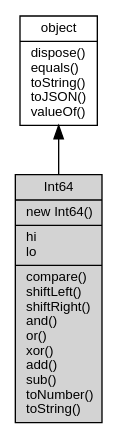
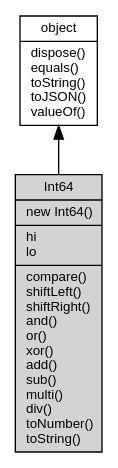
One commit to fibjs/fibjs.org changed the diagram in docs/manual/object/ifs/Int64.md. Above: the diagram before and after it, drawn with Graphviz. The commit also changed other lines of this file and 6 other files, not shown here.

````diff
--- a/docs/manual/object/ifs/Int64.md
+++ b/docs/manual/object/ifs/Int64.md
@@ -11,10 +11,10 @@
 ```dot
 digraph {
     node [fontname="Helvetica,sans-Serif", fontsize=10, shape="record", style="filled", fillcolor="white"];
 
     object [tooltip="object", URL="object.md", label="{object|dispose()\lequals()\ltoString()\ltoJSON()\lvalueOf()\l}"];
-    Int64 [tooltip="Int64", fillcolor="lightgray", label="{Int64|new Int64()\l|hi\llo\l|compare()\lshiftLeft()\lshiftRight()\land()\lor()\lxor()\ladd()\lsub()\ltoNumber()\ltoString()\l}"];
+    Int64 [tooltip="Int64", fillcolor="lightgray", label="{Int64|new Int64()\l|hi\llo\l|compare()\lshiftLeft()\lshiftRight()\land()\lor()\lxor()\ladd()\lsub()\lmulti()\ldiv()\ltoNumber()\ltoString()\l}"];
 
     object -> Int64 [dir=back];
 }
 ```
````
